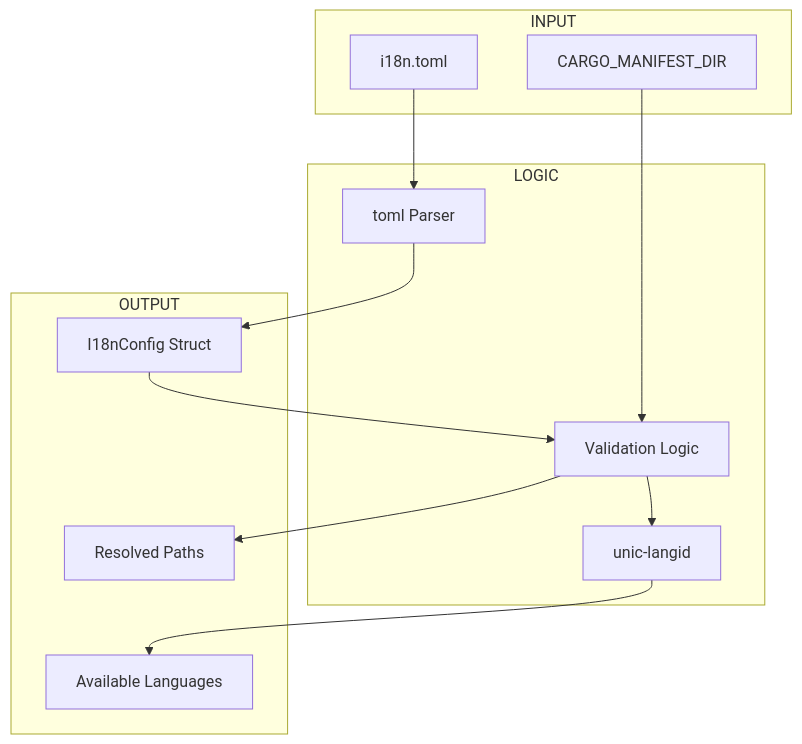
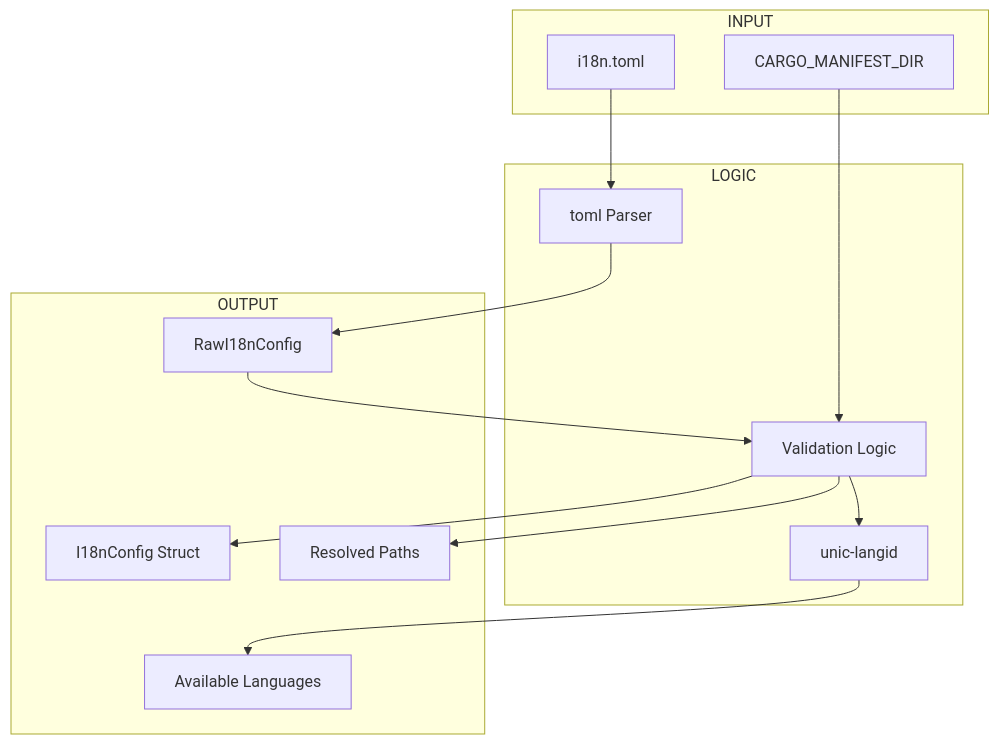
Before and after one commit to stayhydated/es-fluent: the diagram in crates/es-fluent-toml/docs/ARCHITECTURE.md, drawn with Mermaid. The commit also changed other lines of this file and 39 other files, not shown here.

````diff
--- a/crates/es-fluent-toml/docs/ARCHITECTURE.md
+++ b/crates/es-fluent-toml/docs/ARCHITECTURE.md
@@ -13,27 +13,29 @@
 ```mermaid
 flowchart TD
     subgraph INPUT
         FILE[i18n.toml]
         ENV[CARGO_MANIFEST_DIR]
     end
 
     subgraph LOGIC
         PARSE["toml Parser"]
         VALID["Validation Logic"]
         LANG["unic-langid"]
     end
 
     subgraph OUTPUT
+        RAW["RawI18nConfig"]
         CONF["I18nConfig Struct"]
         PATHS["Resolved Paths"]
         LANGS["Available Languages"]
     end
 
     FILE --> PARSE
-    PARSE --> CONF
-    CONF --> VALID
+    PARSE --> RAW
+    RAW --> VALID
+    VALID --> CONF
     ENV --> VALID
     VALID --> PATHS
     VALID --> LANG
     LANG --> LANGS
 ```
````
